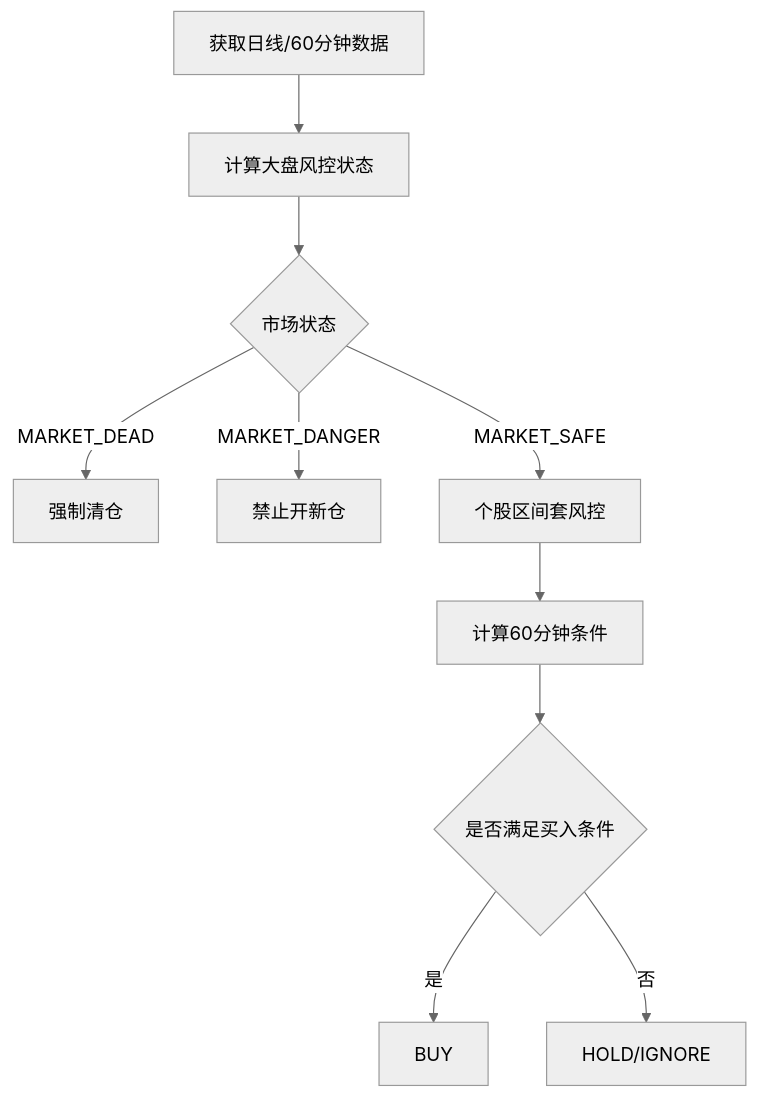
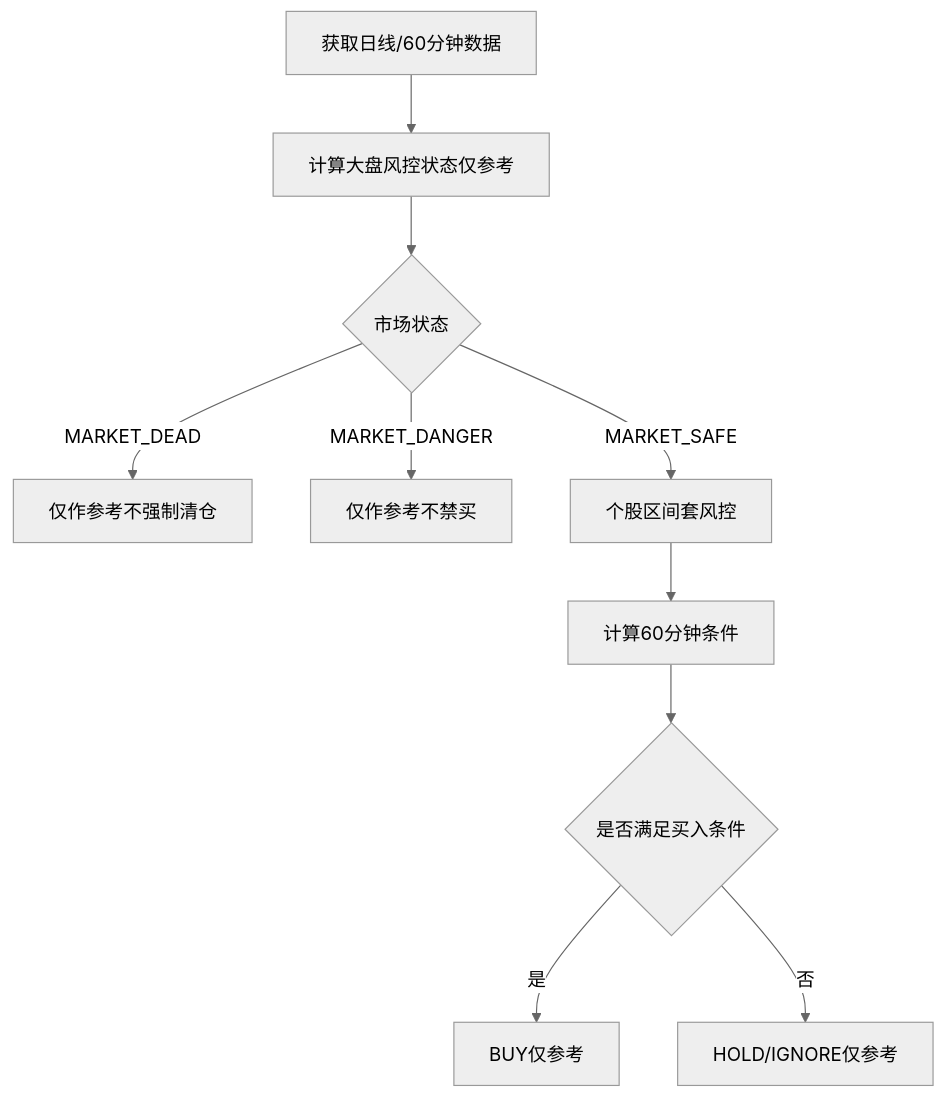
Before and after one commit to dexy1024/fin-analysis: the sixth of 9 diagrams in .qoder/repowiki/zh/content/项目概述/核心功能/买卖信号分析.md, drawn with Mermaid (neutral theme). The commit also changed other lines of this file and 8 other files, not shown here.

````diff
--- a/.qoder/repowiki/zh/content/项目概述/核心功能/买卖信号分析.md
+++ b/.qoder/repowiki/zh/content/项目概述/核心功能/买卖信号分析.md
@@ -315,12 +317,12 @@
 ```mermaid
 flowchart TD
-E0["获取日线/60分钟数据"] --> E1["计算大盘风控状态"]
+E0["获取日线/60分钟数据"] --> E1["计算大盘风控状态仅参考"]
 E1 --> E2{"市场状态"}
-E2 --> |MARKET_DEAD| E3["强制清仓"]
-E2 --> |MARKET_DANGER| E4["禁止开新仓"]
+E2 --> |MARKET_DEAD| E3["仅作参考不强制清仓"]
+E2 --> |MARKET_DANGER| E4["仅作参考不禁买"]
 E2 --> |MARKET_SAFE| E5["个股区间套风控"]
 E5 --> E6["计算60分钟条件"]
 E6 --> E7{"是否满足买入条件"}
-E7 --> |是| E8["BUY"]
-E7 --> |否| E9["HOLD/IGNORE"]
+E7 --> |是| E8["BUY仅参考"]
+E7 --> |否| E9["HOLD/IGNORE仅参考"]
 ```
````
